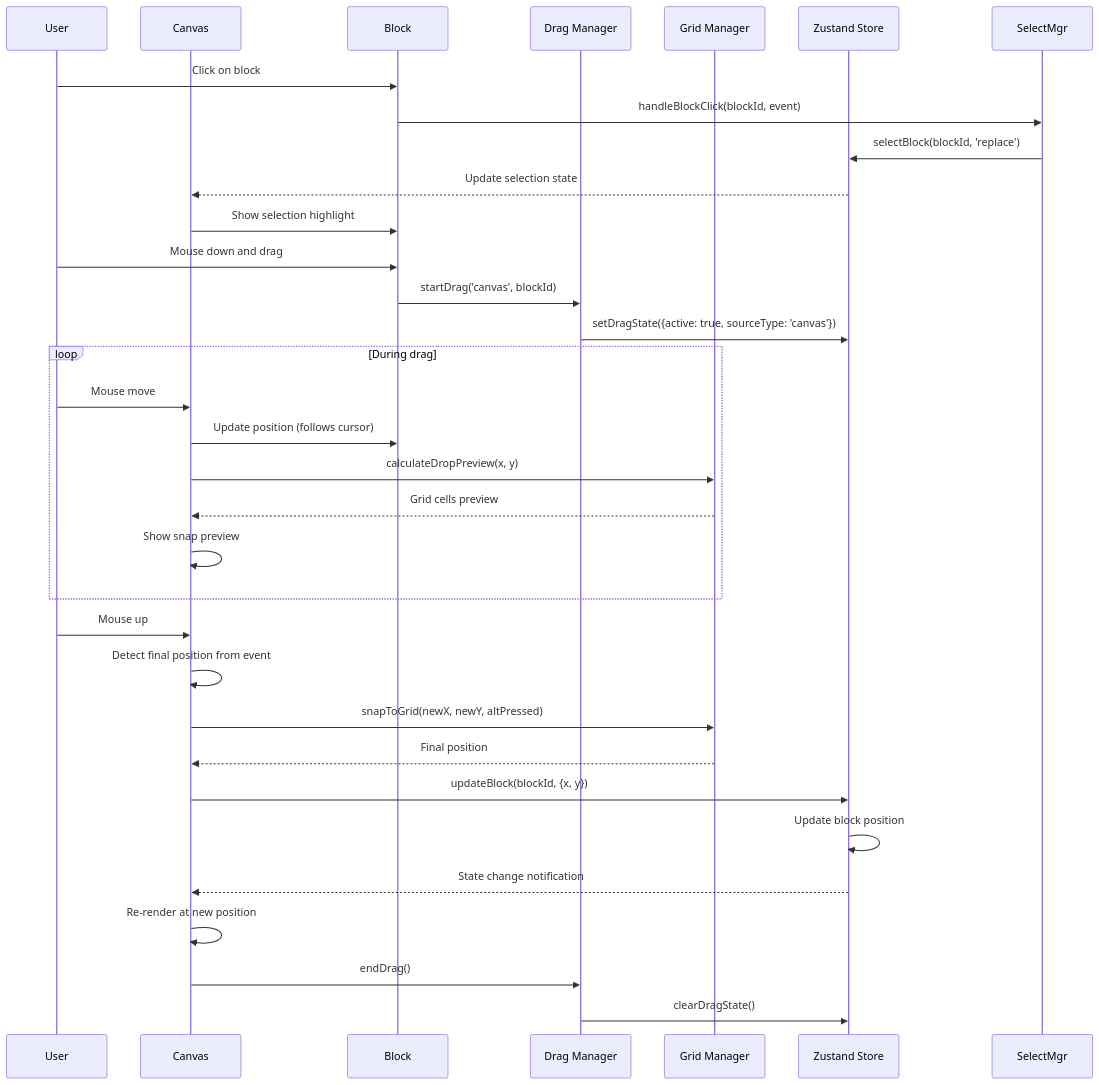
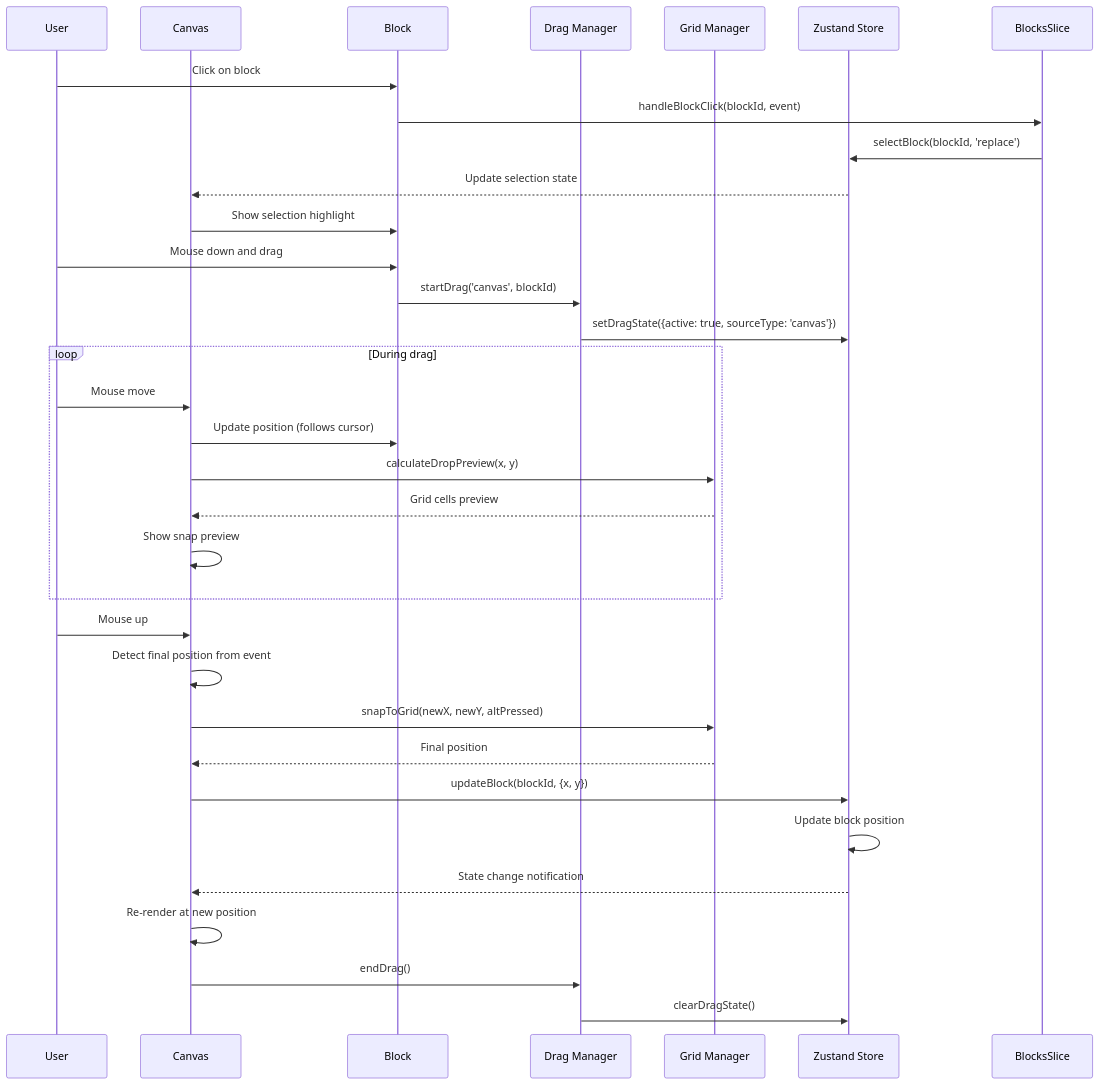
One commit to litkeys/DraftCN changed the second of 9 diagrams in docs/architecture/core-workflows.md. Above: the diagram before and after it, drawn with Mermaid. The commit also changed other lines of this file and 17 other files, not shown here.

First line of the commit message:
Fixed block selection persisting when search bar is selected, architectural realignment removing redundant selection slice

````diff
--- a/docs/architecture/core-workflows.md
+++ b/docs/architecture/core-workflows.md
@@ -44,38 +44,38 @@
 ```mermaid
 sequenceDiagram
     participant User
     participant Canvas
     participant Block
     participant DragMgr as Drag Manager
     participant GridMgr as Grid Manager
     participant Store as Zustand Store
 
     User->>Block: Click on block
-    Block->>SelectMgr: handleBlockClick(blockId, event)
-    SelectMgr->>Store: selectBlock(blockId, 'replace')
+    Block->>BlocksSlice: handleBlockClick(blockId, event)
+    BlocksSlice->>Store: selectBlock(blockId, 'replace')
     Store-->>Canvas: Update selection state
     Canvas->>Block: Show selection highlight
-    
+
     User->>Block: Mouse down and drag
     Block->>DragMgr: startDrag('canvas', blockId)
     DragMgr->>Store: setDragState({active: true, sourceType: 'canvas'})
-    
+
     loop During drag
         User->>Canvas: Mouse move
         Canvas->>Block: Update position (follows cursor)
         Canvas->>GridMgr: calculateDropPreview(x, y)
         GridMgr-->>Canvas: Grid cells preview
         Canvas->>Canvas: Show snap preview
     end
-    
+
     User->>Canvas: Mouse up
     Canvas->>Canvas: Detect final position from event
     Canvas->>GridMgr: snapToGrid(newX, newY, altPressed)
     GridMgr-->>Canvas: Final position
     Canvas->>Store: updateBlock(blockId, {x, y})
     Store->>Store: Update block position
     Store-->>Canvas: State change notification
     Canvas->>Canvas: Re-render at new position
     Canvas->>DragMgr: endDrag()
     DragMgr->>Store: clearDragState()
 ```
````
